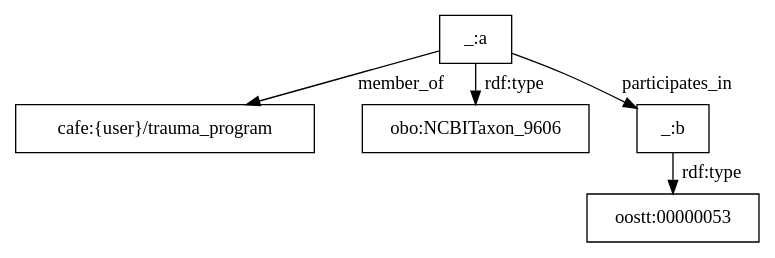
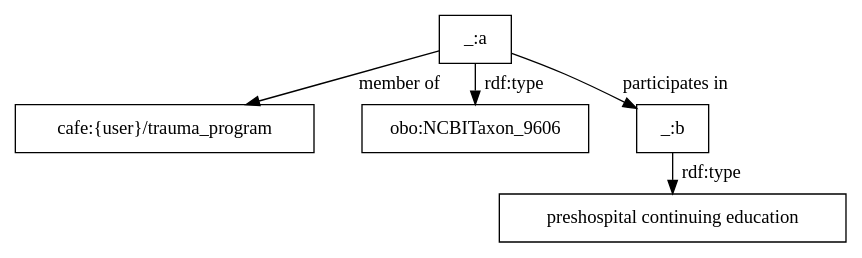
One commit to utecht/dideo-server changed the diagram in cafe/graphs/133.dot. Above: the diagram before and after it, drawn with Graphviz. The commit also changed 20 other files, not shown here.

Commit message:
more graph syntax

```diff
--- a/cafe/graphs/133.dot
+++ b/cafe/graphs/133.dot
@@ -1,7 +1,7 @@
 digraph g { node [shape=rectangle];
 graph [splines=true, nodesep=.5, ranksep=0, overlap=false];
-"_:a" -> "cafe:{user}/trauma_program" [label="member_of"]
+"_:a" -> "cafe:{user}/trauma_program" [label="member of"]
 "_:a" -> "obo:NCBITaxon_9606" [label="rdf:type"]
-"_:a" -> "_:b" [label="participates_in"]
-"_:b" -> "oostt:00000053" [label="rdf:type"]
+"_:a" -> "_:b" [label="participates in"]
+"_:b" -> "preshospital continuing education" [label="rdf:type"]
 }
```
